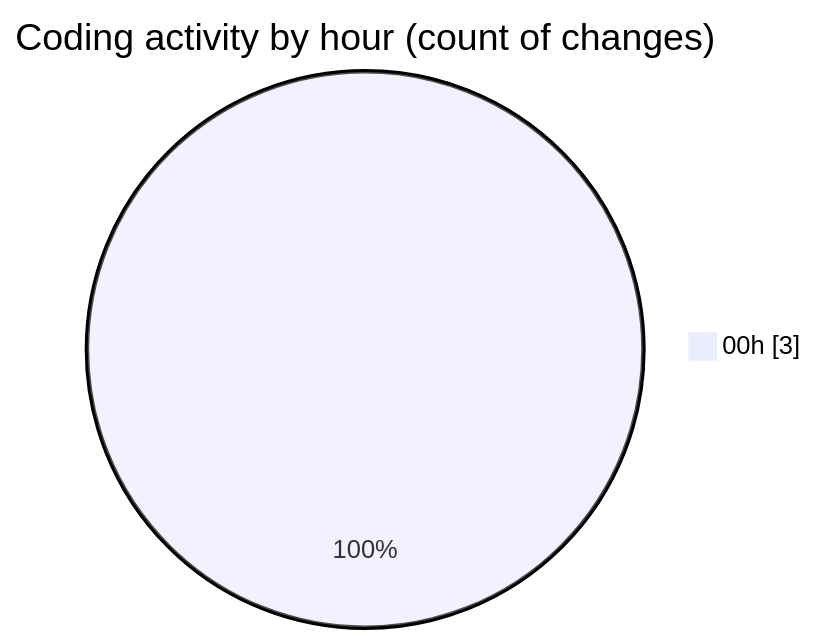
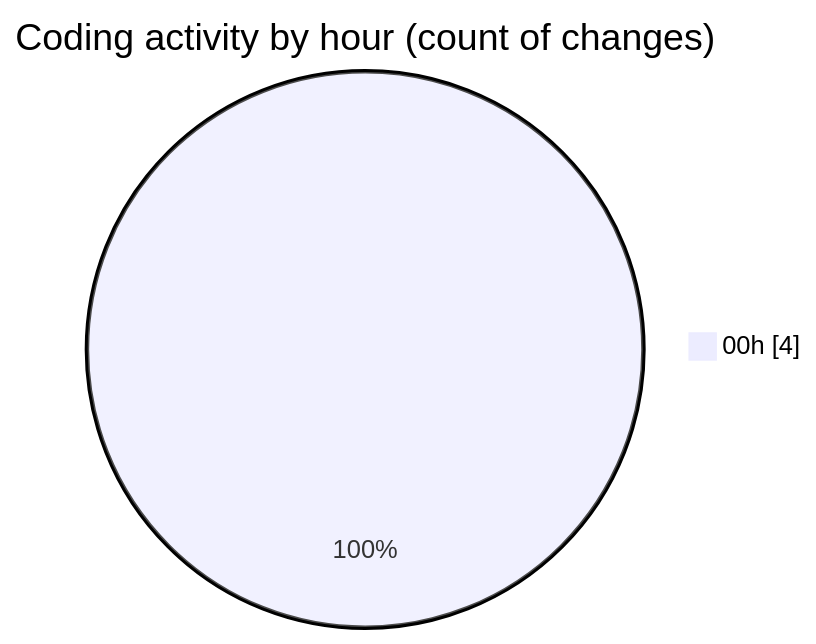
Before and after one commit to EIIisD/code-tracking: the second of 2 diagrams in 2025-08-11/transactions-new/README.md, drawn with Mermaid. The commit also changed other lines of this file and 1 other file, not shown here.

````diff
--- a/2025-08-11/transactions-new/README.md
+++ b/2025-08-11/transactions-new/README.md
@@ -30,5 +31,5 @@
 ```mermaid
 pie showData
 title Coding activity by hour (count of changes)
-"00h" : 3
+"00h" : 4
 ```
````
